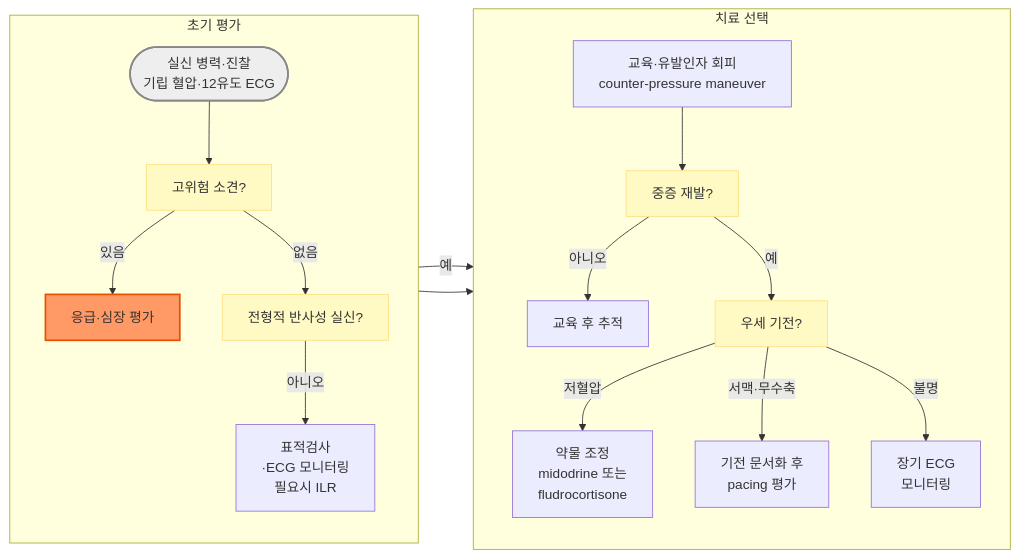
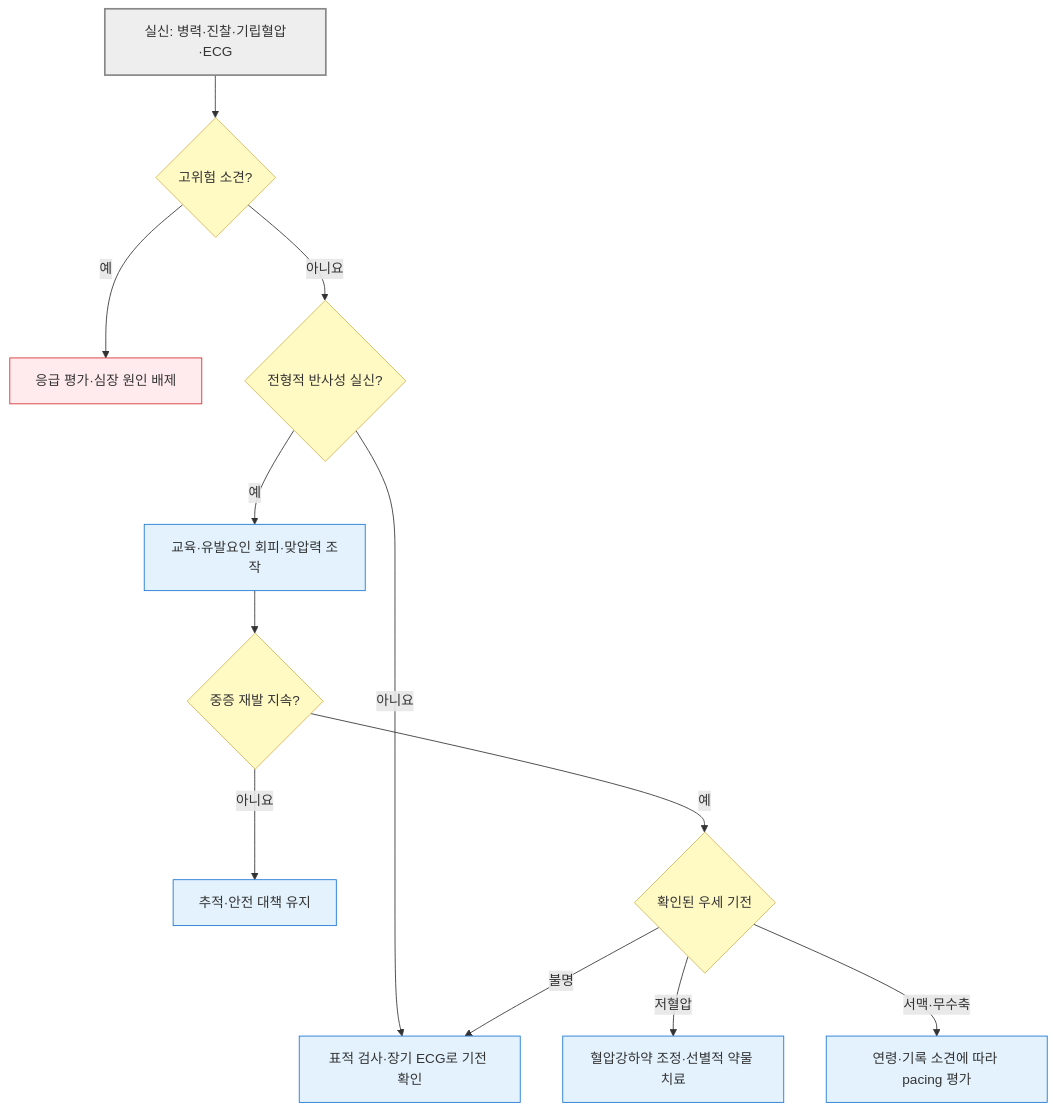
One commit to familyoh77/familyoh77 changed the diagram in 221_/022_-reflex-syncope.md. Above: the diagram before and after it, drawn with Mermaid. The commit also changed other lines of this file and 4 other files, not shown here.

````diff
--- a/221_/022_-reflex-syncope.md
+++ b/221_/022_-reflex-syncope.md
@@ -129,27 +129,22 @@
 ```mermaid
-flowchart LR
-    subgraph DX["초기 평가"]
-        direction TB
-        A(["실신 병력·진찰<br/>기립 혈압·12유도 ECG"]) --> B["고위험 소견?"]
-        B -->|있음| C["응급·심장 평가"]
-        B -->|없음| D["전형적 반사성 실신?"]
-        D -->|아니오| E["표적검사<br/>·ECG 모니터링<br/>필요시 ILR"]
-    end
-    subgraph TX["치료 선택"]
-        direction TB
-        F["교육·유발인자 회피<br/>counter-pressure maneuver"] --> G["중증 재발?"]
-        G -->|아니오| H["교육 후 추적"]
-        G -->|예| I["우세 기전?"]
-        I -->|저혈압| J["약물 조정<br/>midodrine 또는 <br/>fludrocortisone"]
-        I -->|서맥·무수축| K["기전 문서화 후<br/>pacing 평가"]
-        I -->|불명| L["장기 ECG <br/>모니터링"]
-    end
-    D -->|예| F
-    E --> L
-    classDef startNode fill:#eeeeee,stroke:#888888,stroke-width:2px
-    classDef questionNode fill:#fff9c4,stroke:#ffe082
-    classDef urgentNode fill:#f96,stroke:#e65100,stroke-width:2px
-    class A startNode
-    class B,D,G,I questionNode
-    class C urgentNode
+flowchart TD
+    A["실신: 병력·진찰·기립혈압·ECG"] --> B{"고위험 소견?"}
+    B -- "예" --> C["응급 평가·심장 원인 배제"]
+    B -- "아니요" --> D{"전형적 반사성 실신?"}
+    D -- "아니요" --> E["표적 검사·장기 ECG로 기전 확인"]
+    D -- "예" --> F["교육·유발요인 회피·맞압력 조작"]
+    F --> G{"중증 재발 지속?"}
+    G -- "아니요" --> H["추적·안전 대책 유지"]
+    G -- "예" --> I{"확인된 우세 기전"}
+    I -- "저혈압" --> J["혈압강하약 조정·선별적 약물 치료"]
+    I -- "서맥·무수축" --> K["연령·기록 소견에 따라 pacing 평가"]
+    I -- "불명" --> E
+    classDef start fill:#eee,stroke:#888,stroke-width:2px
+    classDef decision fill:#fff9c4,stroke:#d6b656
+    classDef process fill:#e3f2fd,stroke:#1976d2
+    classDef urgent fill:#ffebee,stroke:#d32f2f
+    class A start
+    class B,D,G,I decision
+    class E,F,H,J,K process
+    class C urgent
 ```
````
